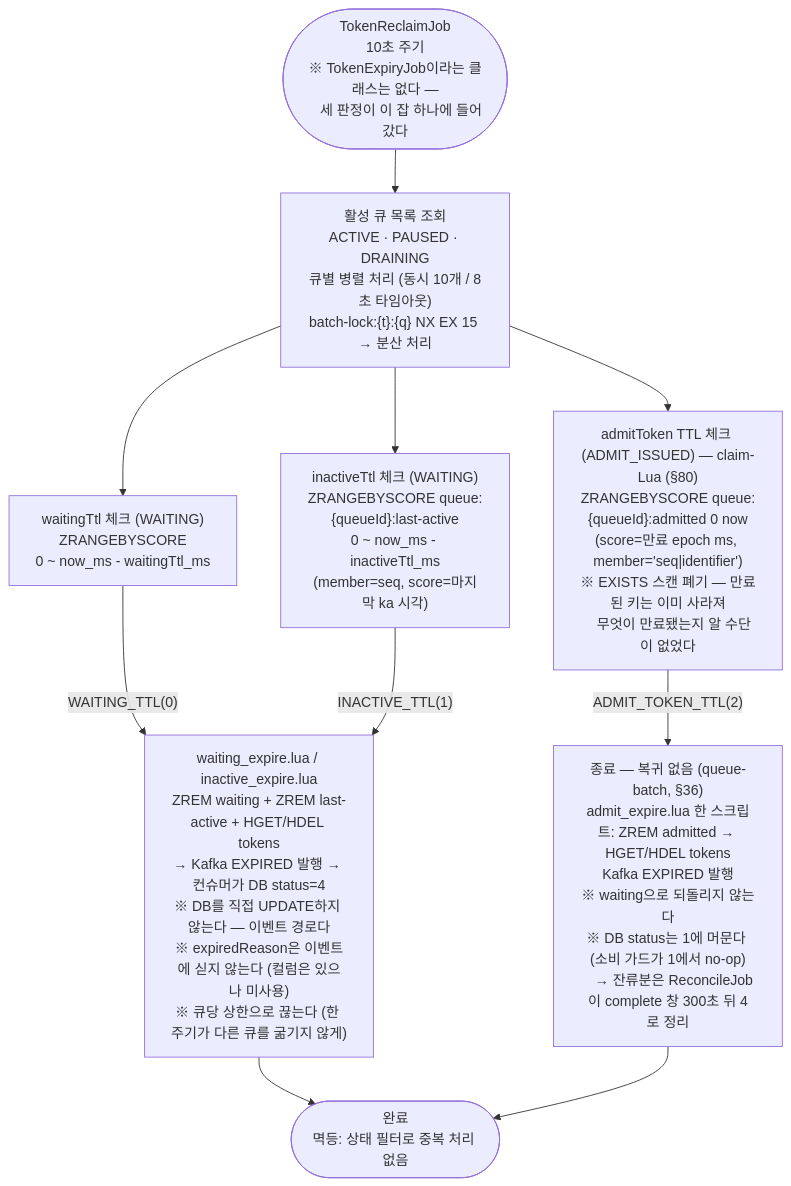
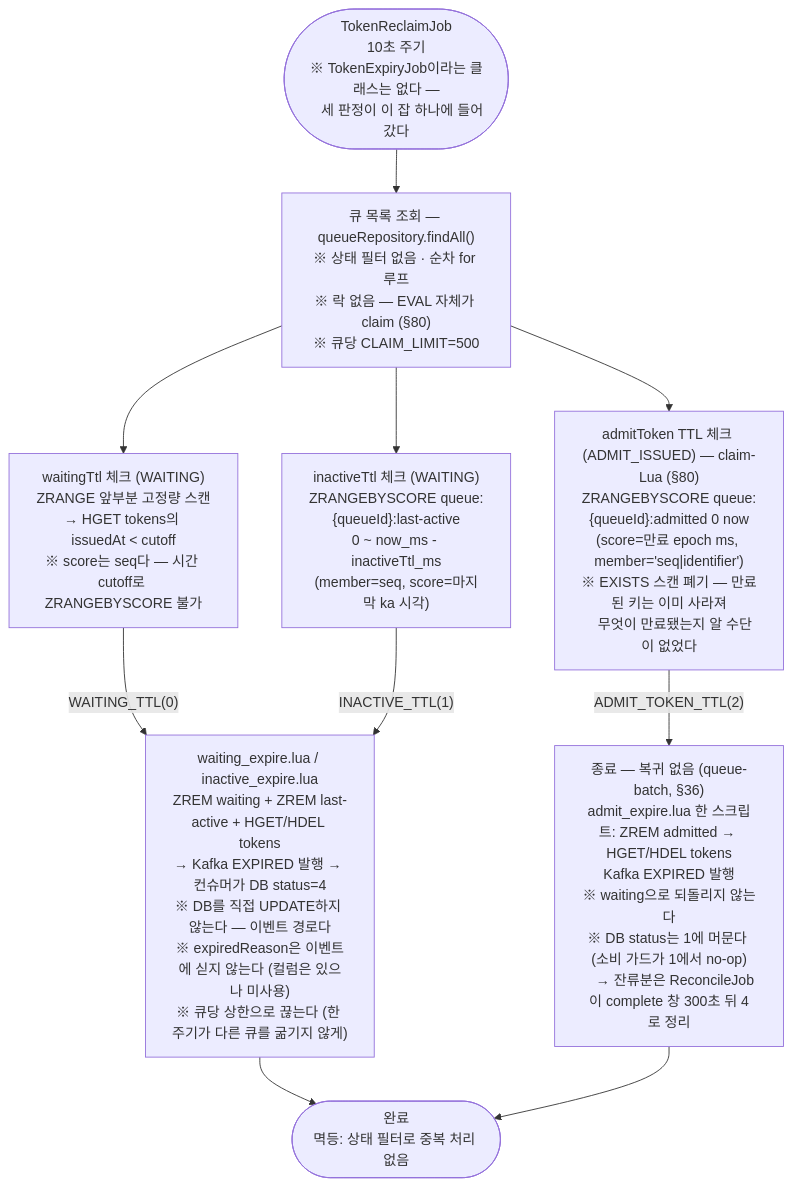
The sixth of 11 diagrams in doc/FLOW.md (S-Onix/queue-platform), drawn with Mermaid before and after one commit. The commit also changed other lines of this file and 17 other files, not shown here.

````diff
--- a/doc/FLOW.md
+++ b/doc/FLOW.md
@@ -236,19 +236,19 @@
 ```mermaid
 flowchart TD
     JOB(["TokenReclaimJob\n10초 주기\n※ TokenExpiryJob이라는 클래스는 없다 —\n   세 판정이 이 잡 하나에 들어갔다"])
-    --> ALIST["활성 큐 목록 조회\nACTIVE · PAUSED · DRAINING\n큐별 병렬 처리 (동시 10개 / 8초 타임아웃)\nbatch-lock:{t}:{q} NX EX 15 → 분산 처리"]
+    --> ALIST["큐 목록 조회 — queueRepository.findAll()\n※ 상태 필터 없음 · 순차 for 루프\n※ 락 없음 — EVAL 자체가 claim (§80)\n※ 큐당 CLAIM_LIMIT=500"]
 
     ALIST --> W1 & W2 & W3
 
-    W1["waitingTtl 체크 (WAITING)\nZRANGEBYSCORE\n0 ~ now_ms - waitingTtl_ms"]
+    W1["waitingTtl 체크 (WAITING)\nZRANGE 앞부분 고정량 스캔\n→ HGET tokens의 issuedAt < cutoff\n※ score는 seq다 — 시간 cutoff로 ZRANGEBYSCORE 불가"]
     W2["inactiveTtl 체크 (WAITING)\nZRANGEBYSCORE queue:{queueId}:last-active\n0 ~ now_ms - inactiveTtl_ms\n(member=seq, score=마지막 ka 시각)"]
     W3["admitToken TTL 체크 (ADMIT_ISSUED) — claim-Lua (§80)\nZRANGEBYSCORE queue:{queueId}:admitted 0 now\n(score=만료 epoch ms, member='seq|identifier')\n※ EXISTS 스캔 폐기 — 만료된 키는 이미 사라져\n   무엇이 만료됐는지 알 수단이 없었다"]
 
     W1 -->|"WAITING_TTL(0)"| EXP["waiting_expire.lua / inactive_expire.lua\nZREM waiting + ZREM last-active + HGET/HDEL tokens\n→ Kafka EXPIRED 발행 → 컨슈머가 DB status=4\n※ DB를 직접 UPDATE하지 않는다 — 이벤트 경로다\n※ expiredReason은 이벤트에 싣지 않는다 (컬럼은 있으나 미사용)\n※ 큐당 상한으로 끊는다 (한 주기가 다른 큐를 굶기지 않게)"]
     W2 -->|"INACTIVE_TTL(1)"| EXP
 
     W3 -->|"ADMIT_TOKEN_TTL(2)"| BACK["종료 — 복귀 없음 (queue-batch, §36)\nadmit_expire.lua 한 스크립트: ZREM admitted → HGET/HDEL tokens\nKafka EXPIRED 발행\n※ waiting으로 되돌리지 않는다\n※ DB status는 1에 머문다 (소비 가드가 1에서 no-op)\n   → 잔류분은 ReconcileJob이 complete 창 300초 뒤 4로 정리"]
 
     EXP --> DONE(["완료\n멱등: 상태 필터로 중복 처리 없음"])
     BACK --> DONE
 ```
````
